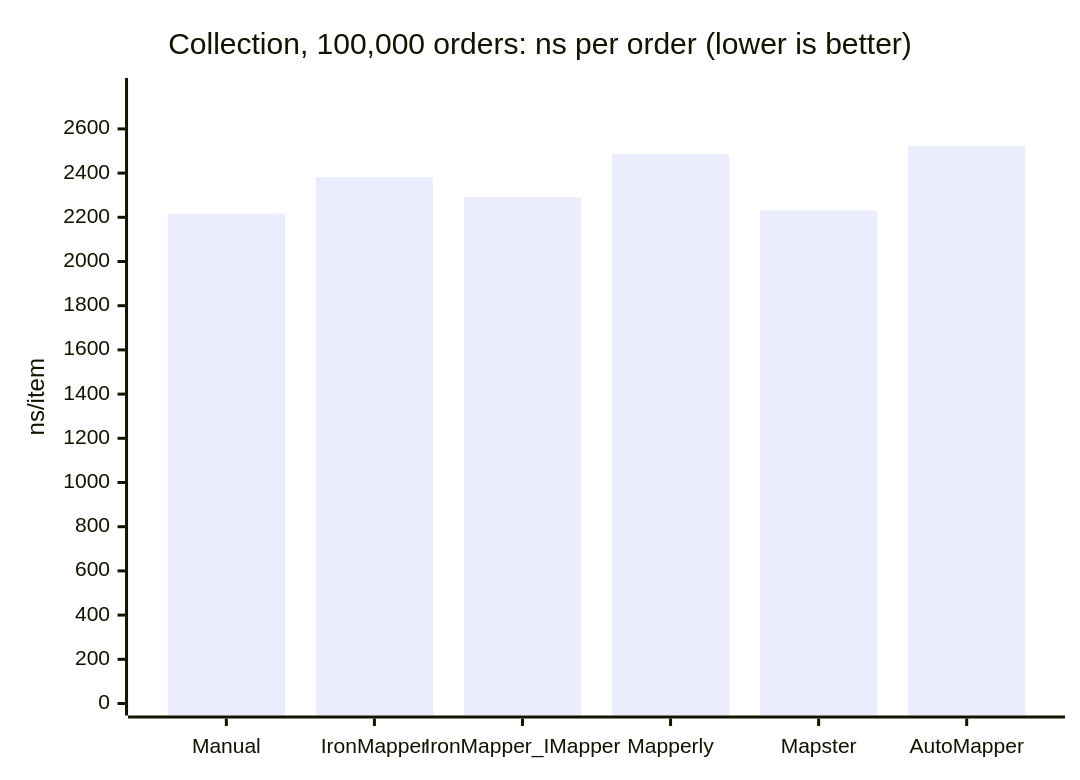
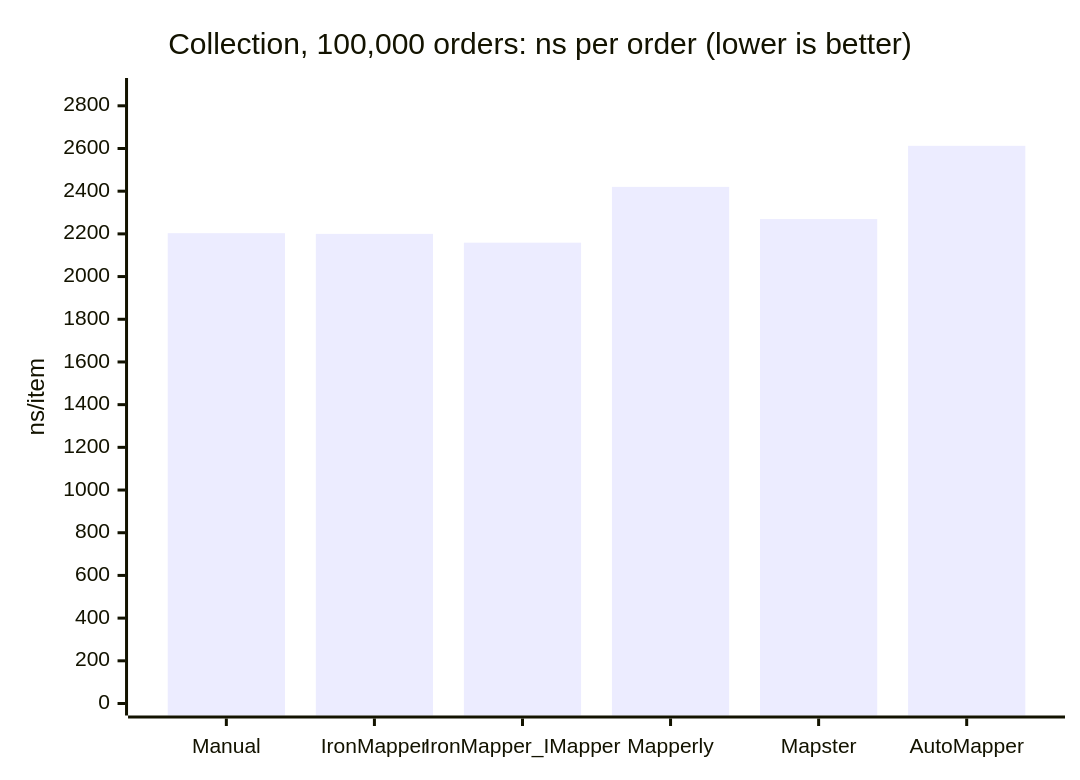
One commit to iron-mapper/IronMapper changed the third of 5 diagrams in benchmarks/results/RESULTS.md. Above: the diagram before and after it, drawn with Mermaid. The commit also changed other lines of this file and 42 other files, not shown here.

````diff
--- a/benchmarks/results/RESULTS.md
+++ b/benchmarks/results/RESULTS.md
@@ -64,7 +239,7 @@
 ```mermaid
 xychart-beta
     title "Collection, 100,000 orders: ns per order (lower is better)"
     x-axis ["Manual", "IronMapper", "IronMapper_IMapper", "Mapperly", "Mapster", "AutoMapper"]
-    y-axis "ns/item" 0 --> 2776
-    bar [2216.384, 2382.482, 2291.127, 2486.28, 2230.887, 2523.409]
+    y-axis "ns/item" 0 --> 2874
+    bar [2203.219, 2199.938, 2158.639, 2420.118, 2269.429, 2612.468]
 ```
````
